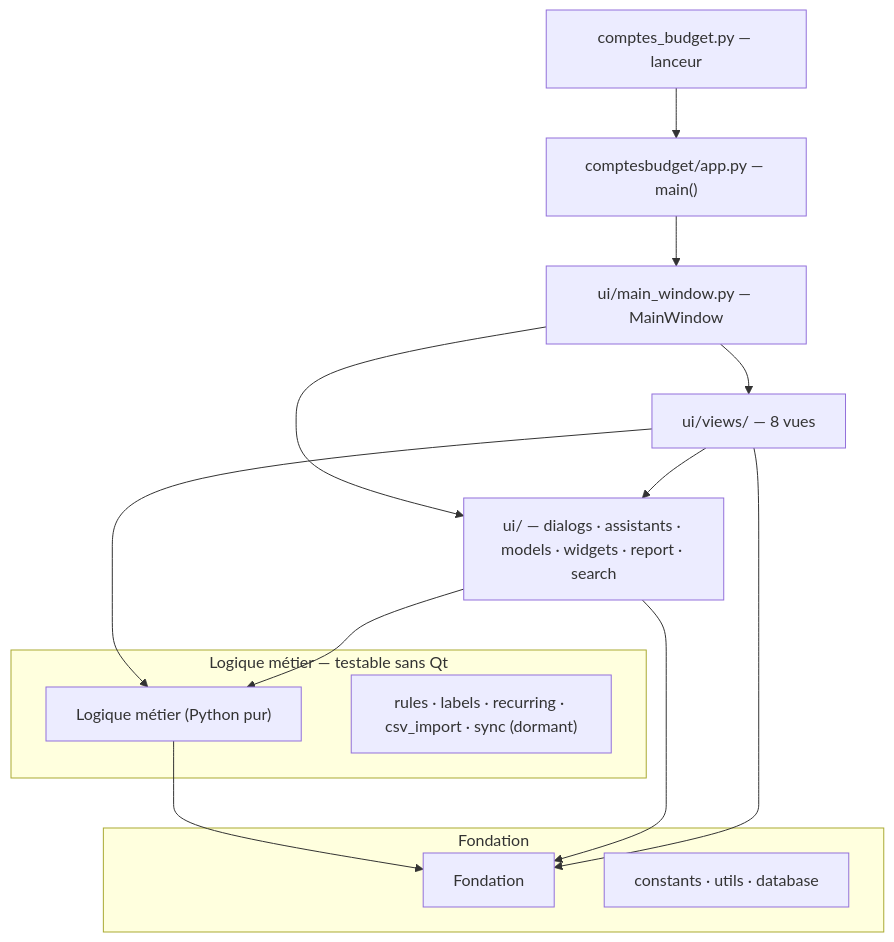
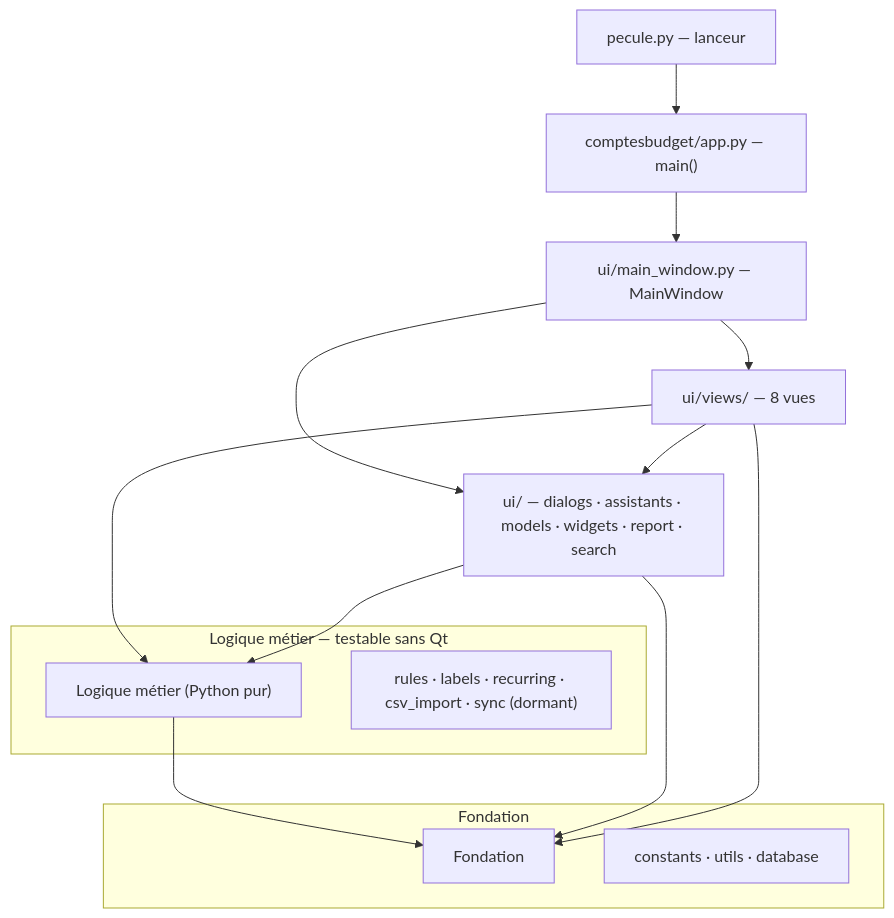
One commit to andre12230-png/Pecule changed the diagram in README.md. Above: the diagram before and after it, drawn with Mermaid. The commit also changed other lines of this file and 19 other files, not shown here.

````diff
--- a/README.md
+++ b/README.md
@@ -164,22 +164,22 @@
 ```mermaid
 flowchart TD
-    L["comptes_budget.py — lanceur"] --> APP["comptesbudget/app.py — main()"]
+    L["pecule.py — lanceur"] --> APP["comptesbudget/app.py — main()"]
     APP --> MW["ui/main_window.py — MainWindow"]
     MW --> V["ui/views/ — 8 vues"]
     MW --> C["ui/ — dialogs · assistants · models · widgets · report · search"]
     V --> C
     V --> LOG["Logique métier (Python pur)"]
     C --> LOG
     LOG --> F["Fondation"]
     C --> F
     V --> F
 
     subgraph LOG_G ["Logique métier — testable sans Qt"]
         LOG
         R["rules · labels · recurring · csv_import · sync (dormant)"]
     end
     subgraph F_G ["Fondation"]
         F
         FF["constants · utils · database"]
     end
 ```
````
